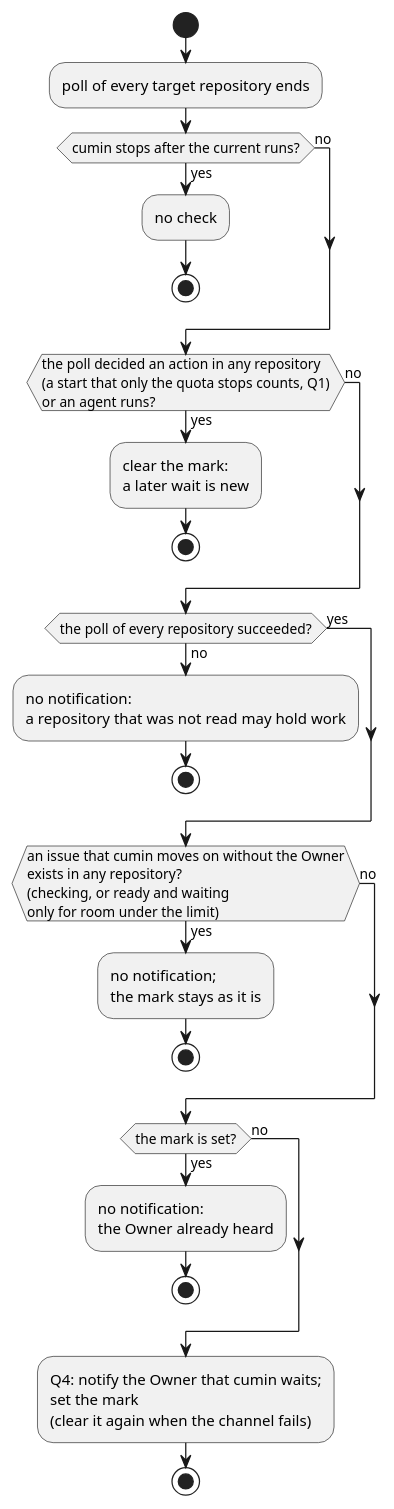
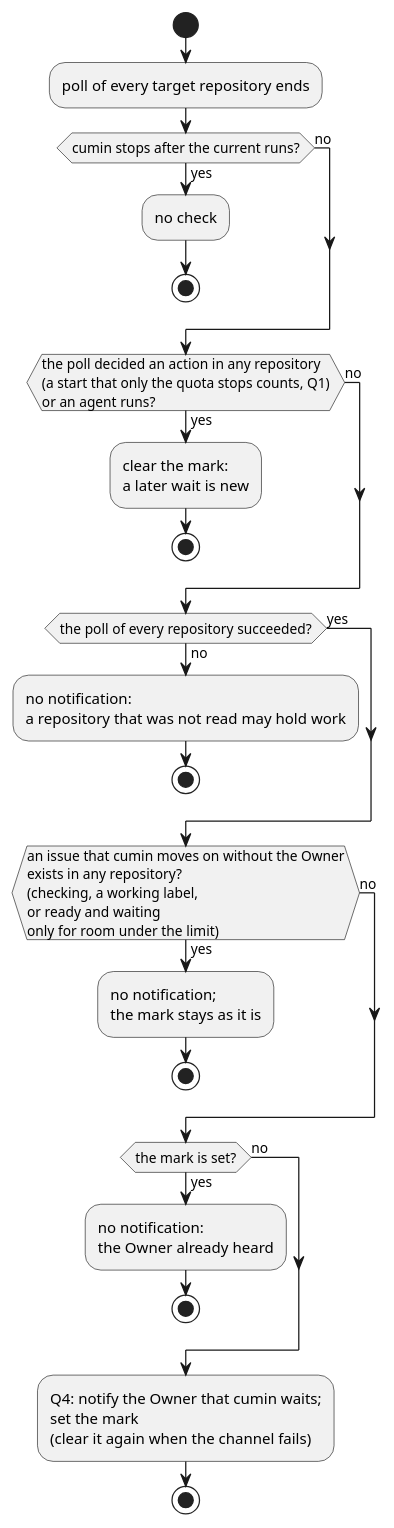
Before and after one commit to cloveclovedev/cumin-works: the diagram in docs/ja/designs/quota-waiting.puml, drawn with PlantUML. The commit also changed 20 other files, not shown here.

First line of the commit message:
feat(workflow): remove the kept steps and count only working labels toward the limit (#555)

```diff
--- a/docs/ja/designs/quota-waiting.puml
+++ b/docs/ja/designs/quota-waiting.puml
@@ -1,37 +1,37 @@
 @startuml quota-waiting
 ' cumin works - the waiting check after a poll (Q4).
 ' Document: quota.md, section on how cumin avoids a repeated notification.
 ' Render: run scripts/render-diagrams.sh at the root of the repository.
 skinparam shadowing false
 skinparam defaultFontName sans-serif
 
 start
 :poll of every target repository ends;
 if (cumin stops after the current runs?) then (yes)
   :no check;
   stop
 else (no)
 endif
 if (the poll decided an action in any repository\n(a start that only the quota stops counts, Q1)\nor an agent runs?) then (yes)
   :clear the mark:\na later wait is new;
   stop
 else (no)
 endif
 if (the poll of every repository succeeded?) then (no)
   :no notification:\na repository that was not read may hold work;
   stop
 else (yes)
 endif
-if (an issue that cumin moves on without the Owner\nexists in any repository?\n(checking, or ready and waiting\nonly for room under the limit)) then (yes)
+if (an issue that cumin moves on without the Owner\nexists in any repository?\n(checking, a working label,\nor ready and waiting\nonly for room under the limit)) then (yes)
   :no notification;\nthe mark stays as it is;
   stop
 else (no)
 endif
 if (the mark is set?) then (yes)
   :no notification:\nthe Owner already heard;
   stop
 else (no)
 endif
 :Q4: notify the Owner that cumin waits;\nset the mark\n(clear it again when the channel fails);
 stop
 @enduml
```
